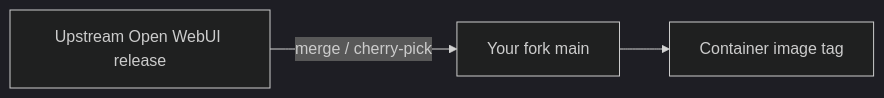
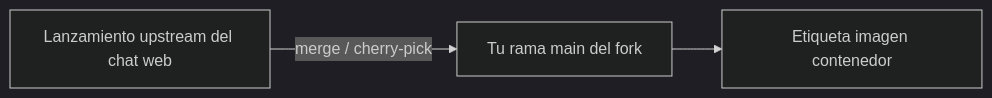
One commit to 13g4d0/docu-es changed the diagram in docs/developer/fork-upstream-policy.md. Above: the diagram before and after it, drawn with Mermaid (dark theme). The commit also changed other lines of this file and 38 other files, not shown here.

````diff
--- a/docs/developer/fork-upstream-policy.md
+++ b/docs/developer/fork-upstream-policy.md
@@ -13,9 +13,9 @@
 ```mermaid
 flowchart LR
-  UP[Upstream Open WebUI release]
-  FK[Your fork main]
-  IMG[Container image tag]
+  UP[Lanzamiento upstream del chat web]
+  FK[Tu rama main del fork]
+  IMG[Etiqueta imagen contenedor]
 
   UP -->|merge / cherry-pick| FK
   FK --> IMG
 ```
````
